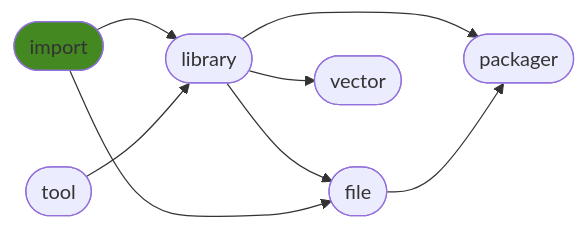
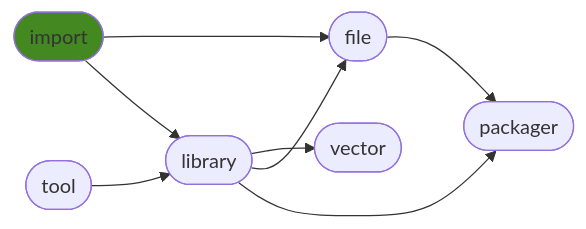
One commit to ManderaGeneral/generalimport changed the diagram in README.md. Above: the diagram before and after it, drawn with Mermaid. The commit also changed other lines of this file, not shown here.

````diff
--- a/README.md
+++ b/README.md
@@ -28,17 +28,17 @@
 ```mermaid
 flowchart LR
+2([library]) --> 4([vector])
+0([import]) --> 3([file])
+0([import]) --> 2([library])
 2([library]) --> 3([file])
+1([tool]) --> 2([library])
 2([library]) --> 5([packager])
-0([import]) --> 2([library])
-1([tool]) --> 2([library])
-0([import]) --> 3([file])
 3([file]) --> 5([packager])
-2([library]) --> 4([vector])
 click 0 "https://github.com/ManderaGeneral/generalimport"
 click 1 "https://github.com/ManderaGeneral/generaltool"
 click 2 "https://github.com/ManderaGeneral/generallibrary"
 click 3 "https://github.com/ManderaGeneral/generalfile"
 click 4 "https://github.com/ManderaGeneral/generalvector"
 click 5 "https://github.com/ManderaGeneral/generalpackager"
 style 0 fill:#482
 ```
````
